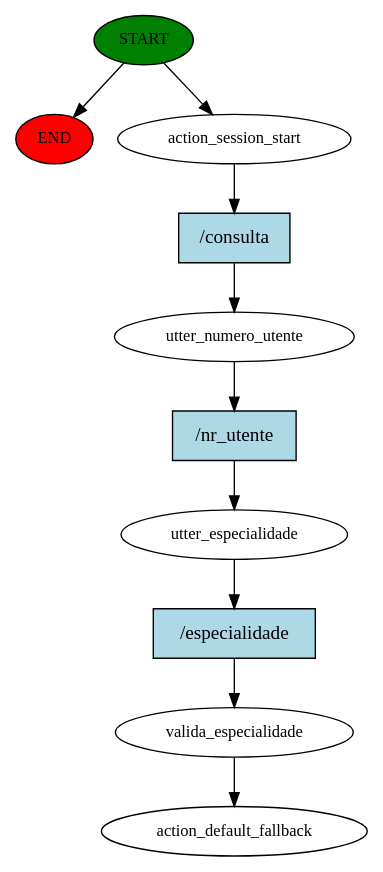
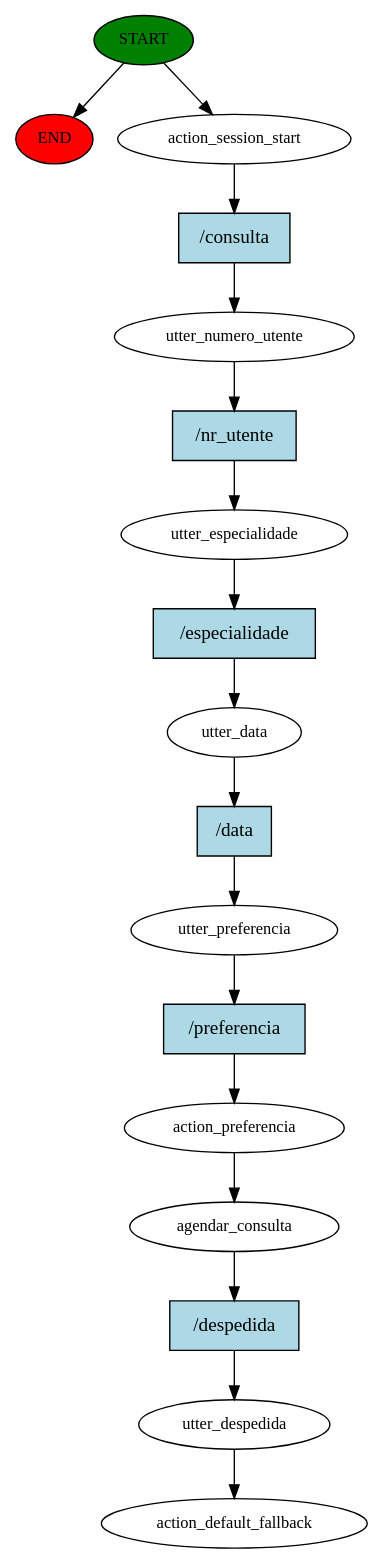
Before and after one commit to mariana27oliveira/AmbInt: the diagram in story_graph.dot, drawn with Graphviz. The commit also changed 552 other files, not shown here.

```diff
--- a/story_graph.dot
+++ b/story_graph.dot
@@ -1,21 +1,35 @@
 digraph  {
 0 [class="start active", fillcolor=green, fontsize=12, label=START, style=filled];
 "-1" [class=end, fillcolor=red, fontsize=12, label=END, style=filled];
 1 [class=active, fontsize=12, label=action_session_start];
 2 [class=active, fontsize=12, label=utter_numero_utente];
 3 [class=active, fontsize=12, label=utter_especialidade];
-4 [class=active, fontsize=12, label=valida_especialidade];
-5 [class="dashed active", fontsize=12, label=action_default_fallback];
-6 [class="intent active", fillcolor=lightblue, label="/consulta", shape=rect, style=filled];
-7 [class="intent active", fillcolor=lightblue, label="/nr_utente", shape=rect, style=filled];
-8 [class="intent active", fillcolor=lightblue, label="/especialidade", shape=rect, style=filled];
+4 [class=active, fontsize=12, label=utter_data];
+5 [class=active, fontsize=12, label=utter_preferencia];
+6 [class=active, fontsize=12, label=action_preferencia];
+7 [class=active, fontsize=12, label=agendar_consulta];
+8 [class=active, fontsize=12, label=utter_despedida];
+9 [class="dashed active", fontsize=12, label=action_default_fallback];
+10 [class="intent active", fillcolor=lightblue, label="/consulta", shape=rect, style=filled];
+11 [class="intent active", fillcolor=lightblue, label="/nr_utente", shape=rect, style=filled];
+12 [class="intent active", fillcolor=lightblue, label="/especialidade", shape=rect, style=filled];
+13 [class="intent active", fillcolor=lightblue, label="/data", shape=rect, style=filled];
+14 [class="intent active", fillcolor=lightblue, label="/preferencia", shape=rect, style=filled];
+15 [class="intent active", fillcolor=lightblue, label="/despedida", shape=rect, style=filled];
 0 -> "-1"  [class="", key=NONE, label=""];
 0 -> 1  [class=active, key=NONE, label=""];
-1 -> 6  [class=active, key=0];
-2 -> 7  [class=active, key=0];
-3 -> 8  [class=active, key=0];
-4 -> 5  [class=active, key=NONE, label=""];
-6 -> 2  [class=active, key=0];
-7 -> 3  [class=active, key=0];
-8 -> 4  [class=active, key=0];
+1 -> 10  [class=active, key=0];
+2 -> 11  [class=active, key=0];
+3 -> 12  [class=active, key=0];
+4 -> 13  [class=active, key=0];
+5 -> 14  [class=active, key=0];
+6 -> 7  [class=active, key=NONE, label=""];
+7 -> 15  [class=active, key=0];
+8 -> 9  [class=active, key=NONE, label=""];
+10 -> 2  [class=active, key=0];
+11 -> 3  [class=active, key=0];
+12 -> 4  [class=active, key=0];
+13 -> 5  [class=active, key=0];
+14 -> 6  [class=active, key=0];
+15 -> 8  [class=active, key=0];
 }
```
